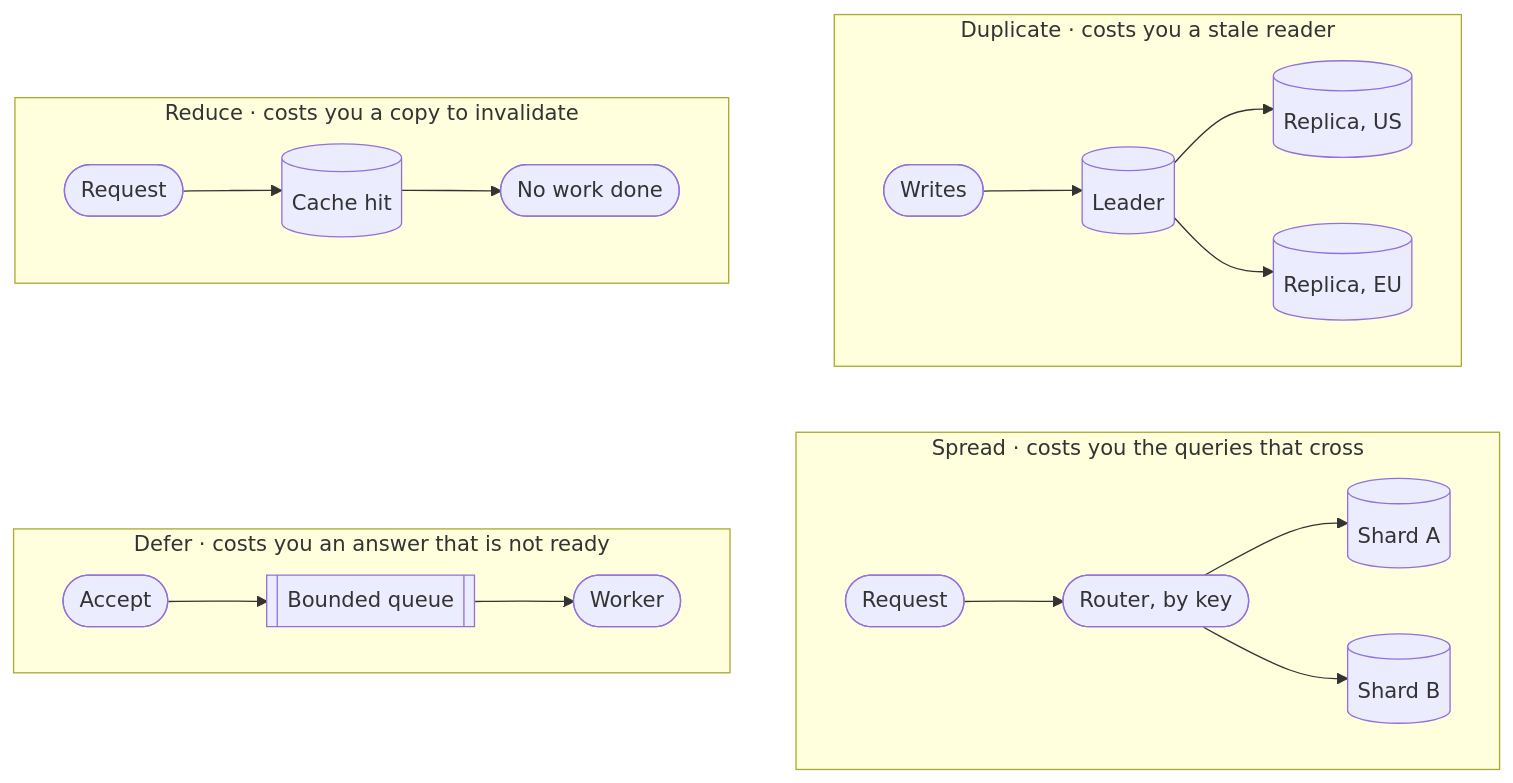
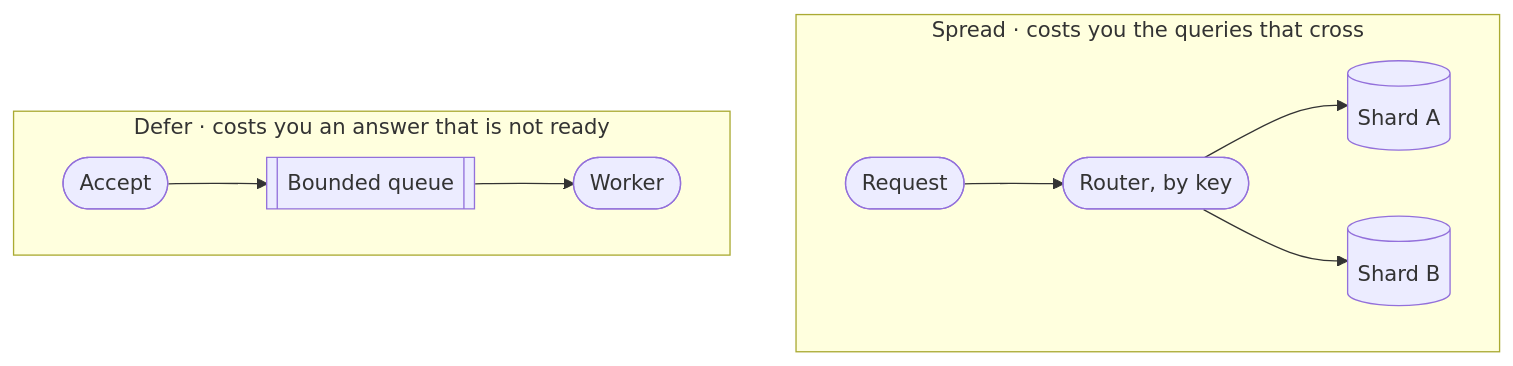
Diagram 19 of 32 in examples/system-design-foundations.md (Laticent/lattice), drawn with Mermaid before and after one commit. The commit also changed other lines of this file and 2 other files, not shown here.

````diff
--- a/examples/system-design-foundations.md
+++ b/examples/system-design-foundations.md
@@ -1805,23 +1874,12 @@
 ```mermaid
 flowchart TB
-  subgraph b["Duplicate · costs you a stale reader"]
-    direction LR
-    B1(["Writes"]) --> B2[("Leader")] --> B3[("Replica, US")]
-    B2 --> B4[("Replica, EU")]
-  end
-  subgraph a["Reduce · costs you a copy to invalidate"]
-    direction LR
-    A1(["Request"]) --> A2[("Cache hit")] --> A3(["No work done"])
-  end
   subgraph d["Spread · costs you the queries that cross"]
     direction LR
     D1(["Request"]) --> D2(["Router, by key"]) --> D3[("Shard A")]
     D2 --> D4[("Shard B")]
   end
   subgraph c["Defer · costs you an answer that is not ready"]
     direction LR
     C1(["Accept"]) --> C2[["Bounded queue"]] --> C3(["Worker"])
   end
-  a ~~~ c
-  b ~~~ d
 ```
````
